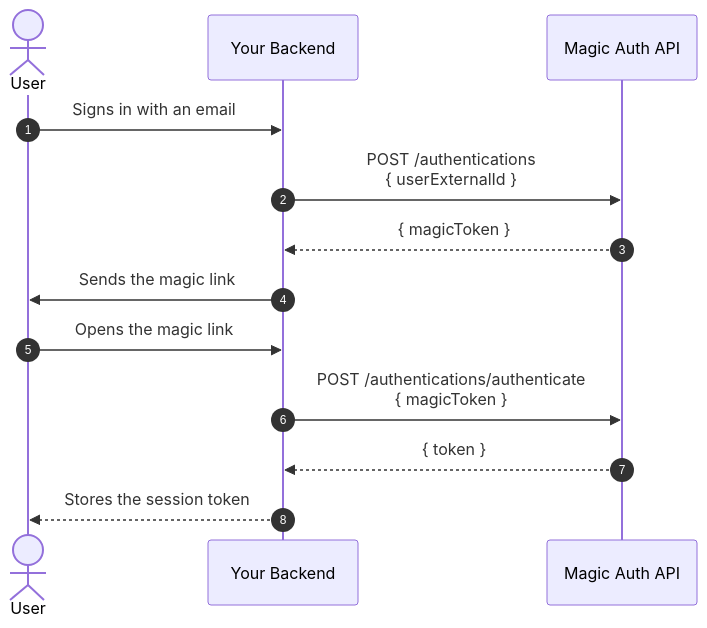
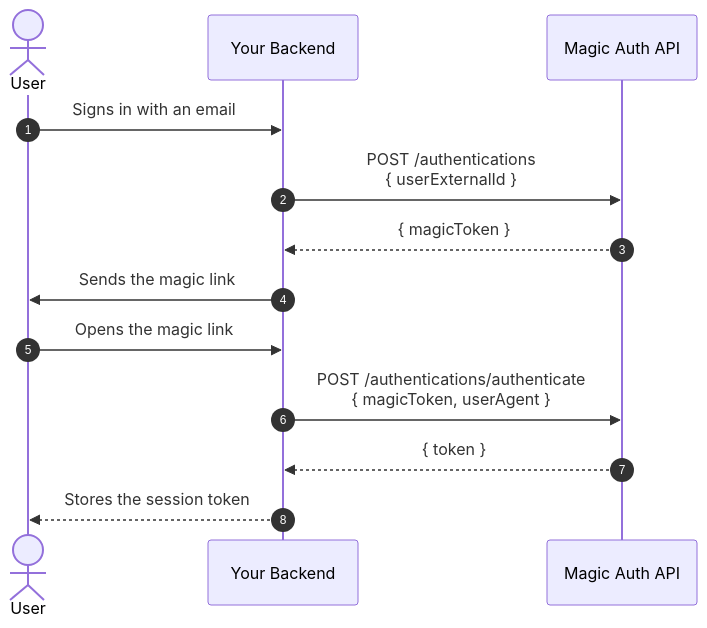
The first of 2 diagrams in README.md (dusanmlynarcikdev/magic-auth-api), drawn with Mermaid before and after one commit. The commit also changed other lines of this file and 17 other files, not shown here.

Commit message:
Add user agent

````diff
--- a/README.md
+++ b/README.md
@@ -118,16 +117,16 @@
 ```mermaid
 sequenceDiagram
     autonumber
     actor User
     participant Backend as Your Backend
     participant API as Magic Auth API
 
     User->>Backend: Signs in with an email
     Backend->>API: POST /authentications<br/>{ userExternalId }
     API-->>Backend: { magicToken }
     Backend->>User: Sends the magic link
     User->>Backend: Opens the magic link
-    Backend->>API: POST /authentications/authenticate<br/>{ magicToken }
+    Backend->>API: POST /authentications/authenticate<br/>{ magicToken, userAgent }
     API-->>Backend: { token }
     Backend-->>User: Stores the session token
 ```
````
